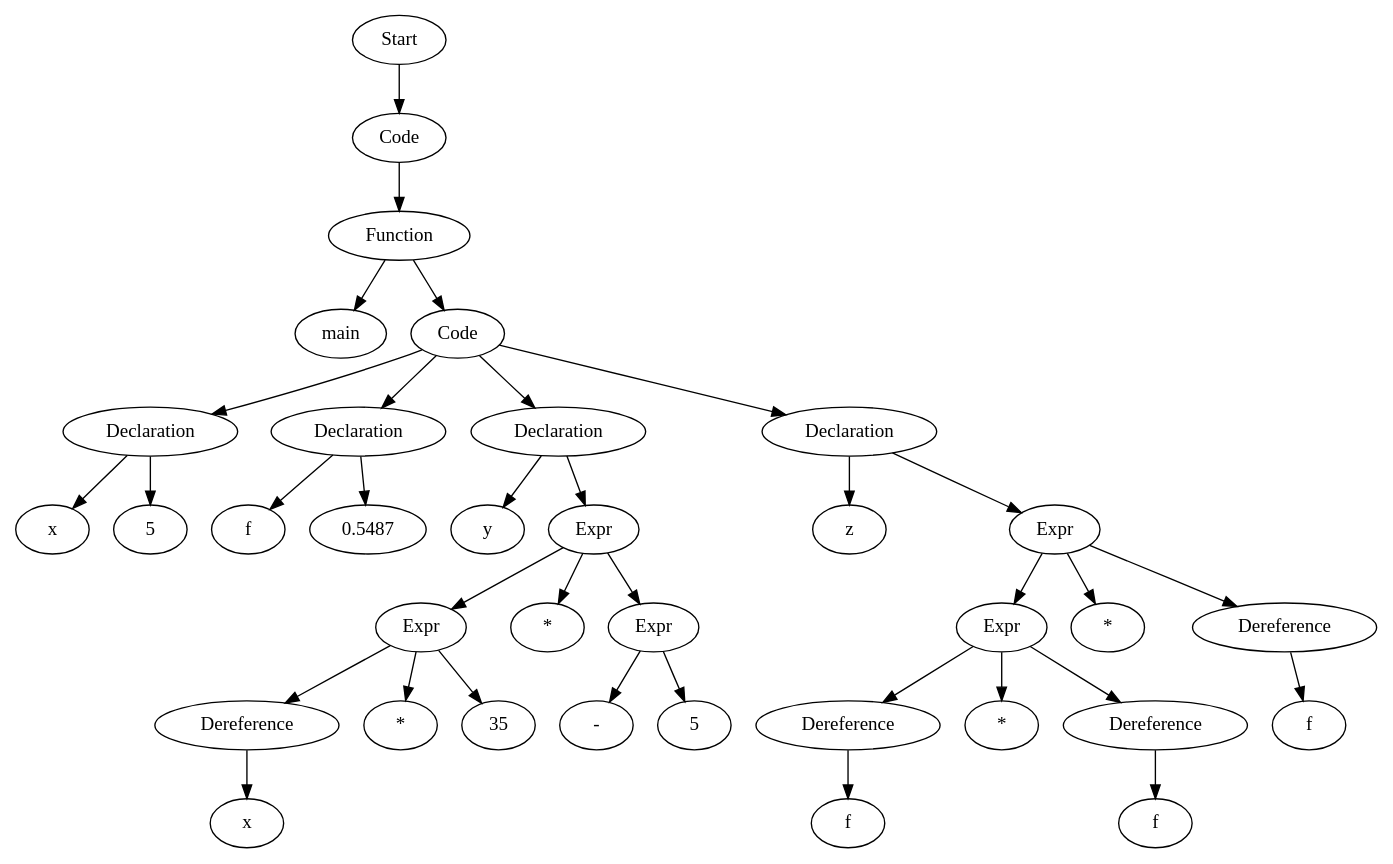
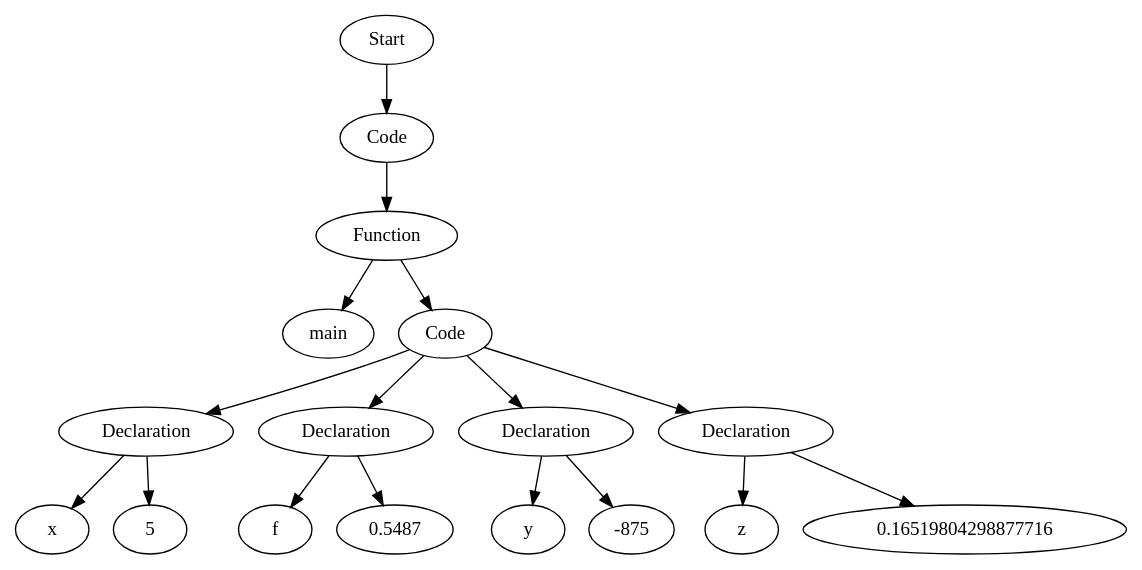
The diagram in testfiles/basic_tests_123/proj2_man_pass_variableConstASTVisual.dot (Are-you-listening/Compilers), drawn with Graphviz before and after one commit. The commit also changed 41 other files, not shown here.

```diff
--- a/testfiles/basic_tests_123/proj2_man_pass_variableConstASTVisual.dot
+++ b/testfiles/basic_tests_123/proj2_man_pass_variableConstASTVisual.dot
@@ -1,71 +1,35 @@
 digraph AST {
-  "134272668298128" [label="Start"];
-  "134272668298128" -> "134272668302448";
-  "134272668302448" [label="Code"];
-  "134272668302448" -> "134272668302928";
-  "134272668302928" [label="Function"];
-  "134272668302928" -> "134272668018832";
-  "134272668302928" -> "134272668018256";
-  "134272668018832" [label="main"];
-  "134272668018256" [label="Code"];
-  "134272668018256" -> "134272668012112";
-  "134272668018256" -> "134272668015328";
-  "134272668018256" -> "134272668008800";
-  "134272668018256" -> "134272668019168";
-  "134272668012112" [label="Declaration"];
-  "134272668012112" -> "134272668022384";
-  "134272668012112" -> "134272668018880";
-  "134272668022384" [label="x"];
-  "134272668018880" [label="5"];
-  "134272668015328" [label="Declaration"];
-  "134272668015328" -> "134272668012352";
-  "134272668015328" -> "134272668019408";
-  "134272668012352" [label="f"];
-  "134272668019408" [label="0.5487"];
-  "134272668008800" [label="Declaration"];
-  "134272668008800" -> "134272668018352";
-  "134272668008800" -> "134272668017968";
-  "134272668018352" [label="y"];
-  "134272668017968" [label="Expr"];
-  "134272668017968" -> "134272668017536";
-  "134272668017968" -> "134272668016480";
-  "134272668017968" -> "134272668016336";
-  "134272668017536" [label="Expr"];
-  "134272668017536" -> "134272668019600";
-  "134272668017536" -> "134272668018976";
-  "134272668017536" -> "134272668020560";
-  "134272668019600" [label="Dereference"];
-  "134272668019600" -> "134272668013456";
-  "134272668013456" [label="x"];
-  "134272668018976" [label="*"];
-  "134272668020560" [label="35"];
-  "134272668016480" [label="*"];
-  "134272668016336" [label="Expr"];
-  "134272668016336" -> "134272668018208";
-  "134272668016336" -> "134272668019024";
-  "134272668018208" [label="-"];
-  "134272668019024" [label="5"];
-  "134272668019168" [label="Declaration"];
-  "134272668019168" -> "134272668019312";
-  "134272668019168" -> "134272668016000";
-  "134272668019312" [label="z"];
-  "134272668016000" [label="Expr"];
-  "134272668016000" -> "134272668014944";
-  "134272668016000" -> "134272668010576";
-  "134272668016000" -> "134272668017200";
-  "134272668014944" [label="Expr"];
-  "134272668014944" -> "134272668017488";
-  "134272668014944" -> "134272668009856";
-  "134272668014944" -> "134272668009040";
-  "134272668017488" [label="Dereference"];
-  "134272668017488" -> "134272668011008";
-  "134272668011008" [label="f"];
-  "134272668009856" [label="*"];
-  "134272668009040" [label="Dereference"];
-  "134272668009040" -> "134272668009088";
-  "134272668009088" [label="f"];
-  "134272668010576" [label="*"];
-  "134272668017200" [label="Dereference"];
-  "134272668017200" -> "134272668013504";
-  "134272668013504" [label="f"];
+  "140278671145760" [label="Start"];
+  "140278671145760" -> "140278671442560";
+  "140278671442560" [label="Code"];
+  "140278671442560" -> "140278671444288";
+  "140278671444288" [label="Function"];
+  "140278671444288" -> "140278671447312";
+  "140278671444288" -> "140278671443328";
+  "140278671447312" [label="main"];
+  "140278671443328" [label="Code"];
+  "140278671443328" -> "140278671447168";
+  "140278671443328" -> "140278671447936";
+  "140278671443328" -> "140278671448800";
+  "140278671443328" -> "140278671449664";
+  "140278671447168" [label="Declaration"];
+  "140278671447168" -> "140278671442080";
+  "140278671447168" -> "140278671448032";
+  "140278671442080" [label="x"];
+  "140278671448032" [label="5"];
+  "140278671447936" [label="Declaration"];
+  "140278671447936" -> "140278671448368";
+  "140278671447936" -> "140278671448896";
+  "140278671448368" [label="f"];
+  "140278671448896" [label="0.5487"];
+  "140278671448800" [label="Declaration"];
+  "140278671448800" -> "140278671449232";
+  "140278671448800" -> "140278671448704";
+  "140278671449232" [label="y"];
+  "140278671448704" [label="-875"];
+  "140278671449664" [label="Declaration"];
+  "140278671449664" -> "140278671451152";
+  "140278671449664" -> "140278671447888";
+  "140278671451152" [label="z"];
+  "140278671447888" [label="0.16519804298877716"];
 }
```
